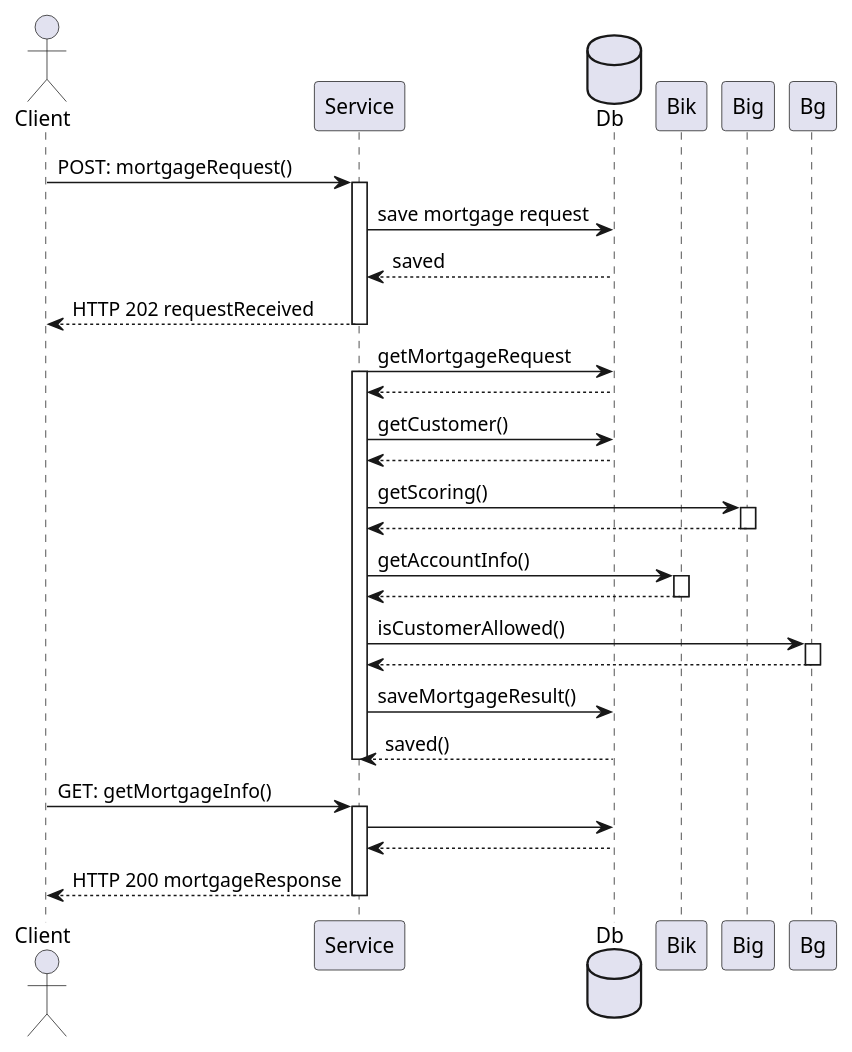
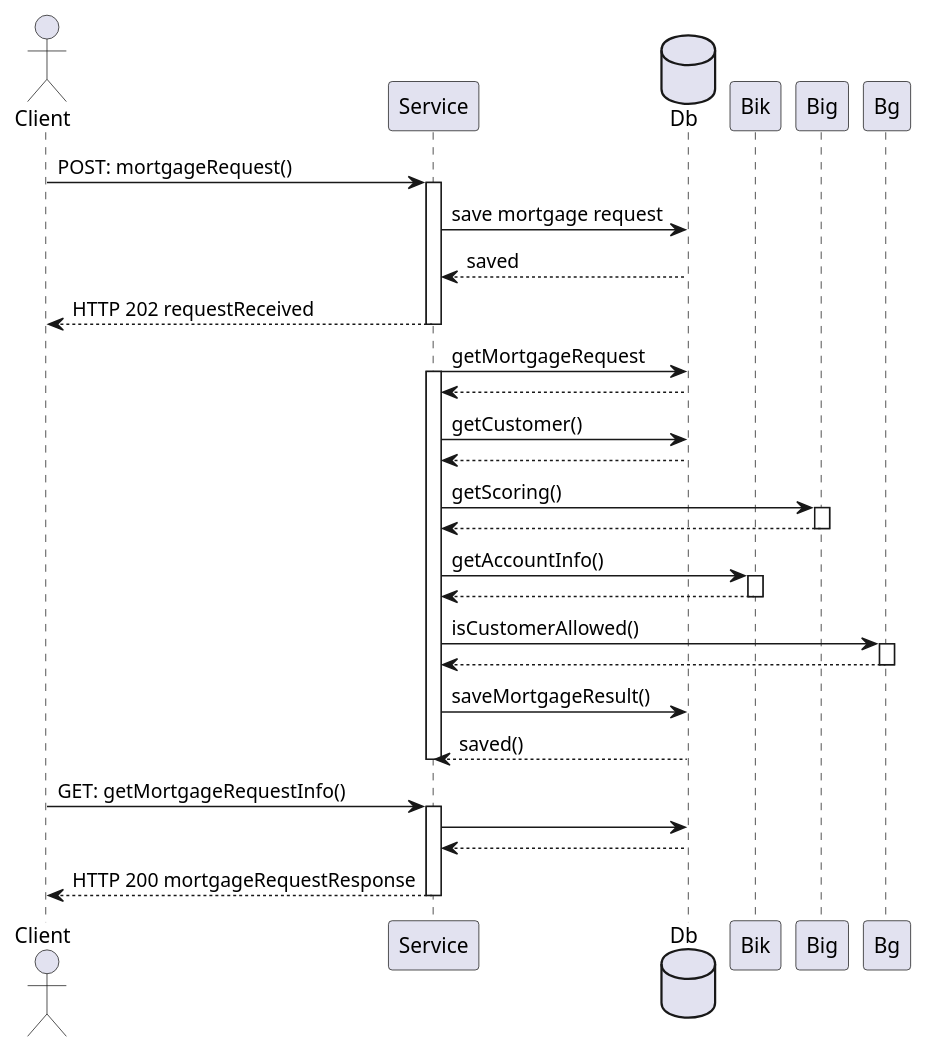
One commit to AkademiaSpecjalistowIT/outBoxPattern changed the diagram in docs/Mortgage - request.puml. Above: the diagram before and after it, drawn with PlantUML. The commit also changed 15 other files, not shown here.

```diff
--- a/docs/Mortgage - request.puml
+++ b/docs/Mortgage - request.puml
@@ -1,58 +1,58 @@
 @startuml
 'https://plantuml.com/sequence-diagram
 
 actor Client
 participant Service
 database Db
 participant Bik
 participant Big
 participant Bg
 
 Client -> Service: POST: mortgageRequest()
 activate Service
 Service -> Db : save mortgage request
 Db --> Service :saved
 Service --> Client : HTTP 202 requestReceived
 deactivate Service
 
 
 Service -> Db : getMortgageRequest
 
 activate Service
 Db --> Service:
 
 Service -> Db: getCustomer()
 
 Db --> Service:
 
 Service -> Big: getScoring()
 activate Big
 Big --> Service
 deactivate Big
 
 Service -> Bik: getAccountInfo()
 activate Bik
 Bik --> Service
 deactivate Bik
 
 Service -> Bg: isCustomerAllowed()
 activate Bg
 Bg --> Service
 deactivate Bg
 
 Service -> Db : saveMortgageResult()
 Db --> Service: saved()
 
 deactivate Service
 
-Client -> Service: GET: getMortgageInfo()
+Client -> Service: GET: getMortgageRequestInfo()
 activate Service
 Service -> Db :
 Db --> Service :
-Service --> Client : HTTP 200 mortgageResponse
+Service --> Client : HTTP 200 mortgageRequestResponse
 deactivate Service
 
 
 
 
 @enduml
```
